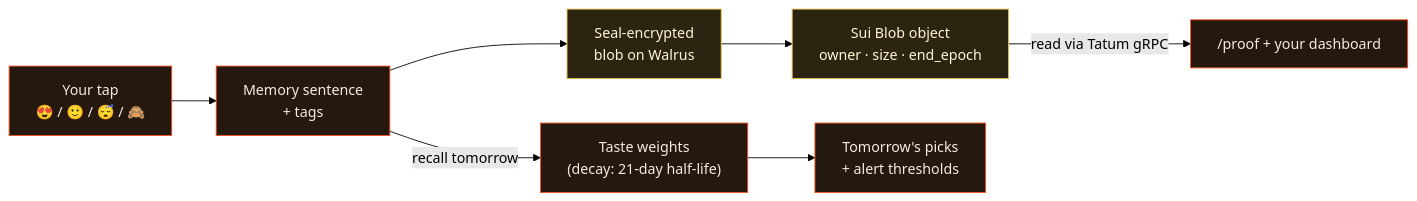
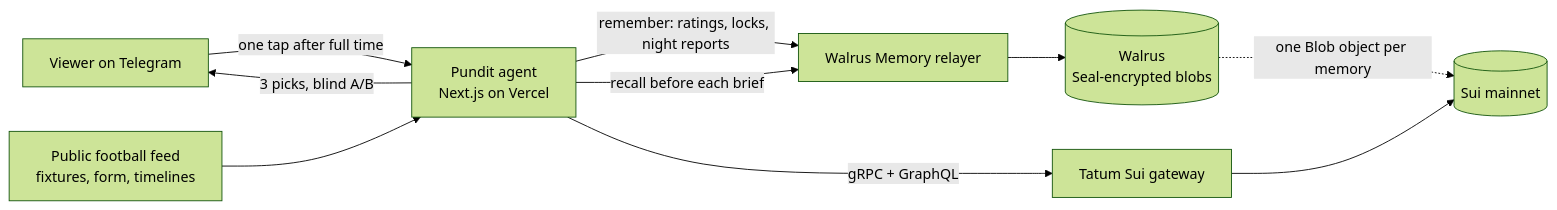
The diagram in README.md (yukitran03/pocket-pundit), drawn with Mermaid (forest theme) before and after one commit. The commit also changed other lines of this file and 9 other files, not shown here.

Commit message:
README for judges: the four things to check first, the 8 Nov memory switch (including the miss), live A/B numbers, real bot messages and memory, Walrus and Tatum calls, screenshots; docs numbers as of 11 Nov and the 10 and 11 Nov Sui locks

````diff
--- a/README.md
+++ b/README.md
@@ -151,8 +140,12 @@
 ```mermaid
 flowchart LR
-  classDef a fill:#24180f,stroke:#f0531c,color:#fbe9df
-  classDef b fill:#2b2410,stroke:#e8b84a,color:#fff4d6
-  R["Your tap<br/>😍 / 🙂 / 😴 / 🙈"]:::a --> M["Memory sentence<br/>+ tags"]:::a --> E["Seal-encrypted<br/>blob on Walrus"]:::b --> O["Sui Blob object<br/>owner · size · end_epoch"]:::b
-  O -->|"read via Tatum gRPC"| P["/proof + your dashboard"]:::a
-  M -->|"recall tomorrow"| K["Taste weights<br/>(decay: 21-day half-life)"]:::a --> N["Tomorrow's picks<br/>+ alert thresholds"]:::a
+  V["Viewer on Telegram"] -- "one tap after full time" --> A["Pundit agent<br/>Next.js on Vercel"]
+  A -- "3 picks, blind A/B" --> V
+  F["Public football feed<br/>fixtures, form, timelines"] --> A
+  A -- "remember: ratings, locks, night reports" --> M["Walrus Memory relayer"]
+  A -- "recall before each brief" --> M
+  M --> W[("Walrus<br/>Seal-encrypted blobs")]
+  W -. "one Blob object per memory" .-> S[("Sui mainnet")]
+  A -- "gRPC + GraphQL" --> T["Tatum Sui gateway"]
+  T --> S
 ```
````
